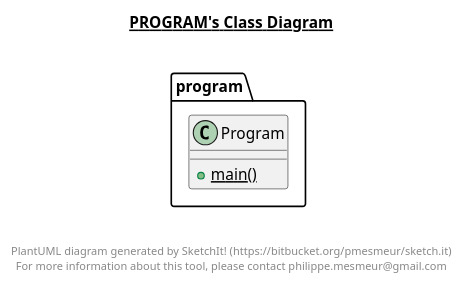
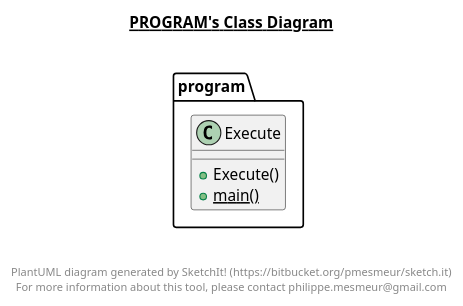
One commit to ThoLavergne/LOG121Lab3 changed the diagram in out/production/LOG121Lab3/program/program.plantuml. Above: the diagram before and after it, drawn with PlantUML. The commit also changed 59 other files, not shown here.

```diff
--- a/out/production/LOG121Lab3/program/program.plantuml
+++ b/out/production/LOG121Lab3/program/program.plantuml
@@ -1,21 +1,22 @@
 @startuml
 
 title __PROGRAM's Class Diagram__\n
 
   namespace program {
-    class program.Program {
+    class program.Execute {
+        + Execute()
         {static} + main()
     }
   }
   
 
 
 
 right footer
 
 
 PlantUML diagram generated by SketchIt! (https://bitbucket.org/pmesmeur/sketch.it)
 For more information about this tool, please contact philippe.mesmeur@gmail.com
 endfooter
 
 @enduml
```
